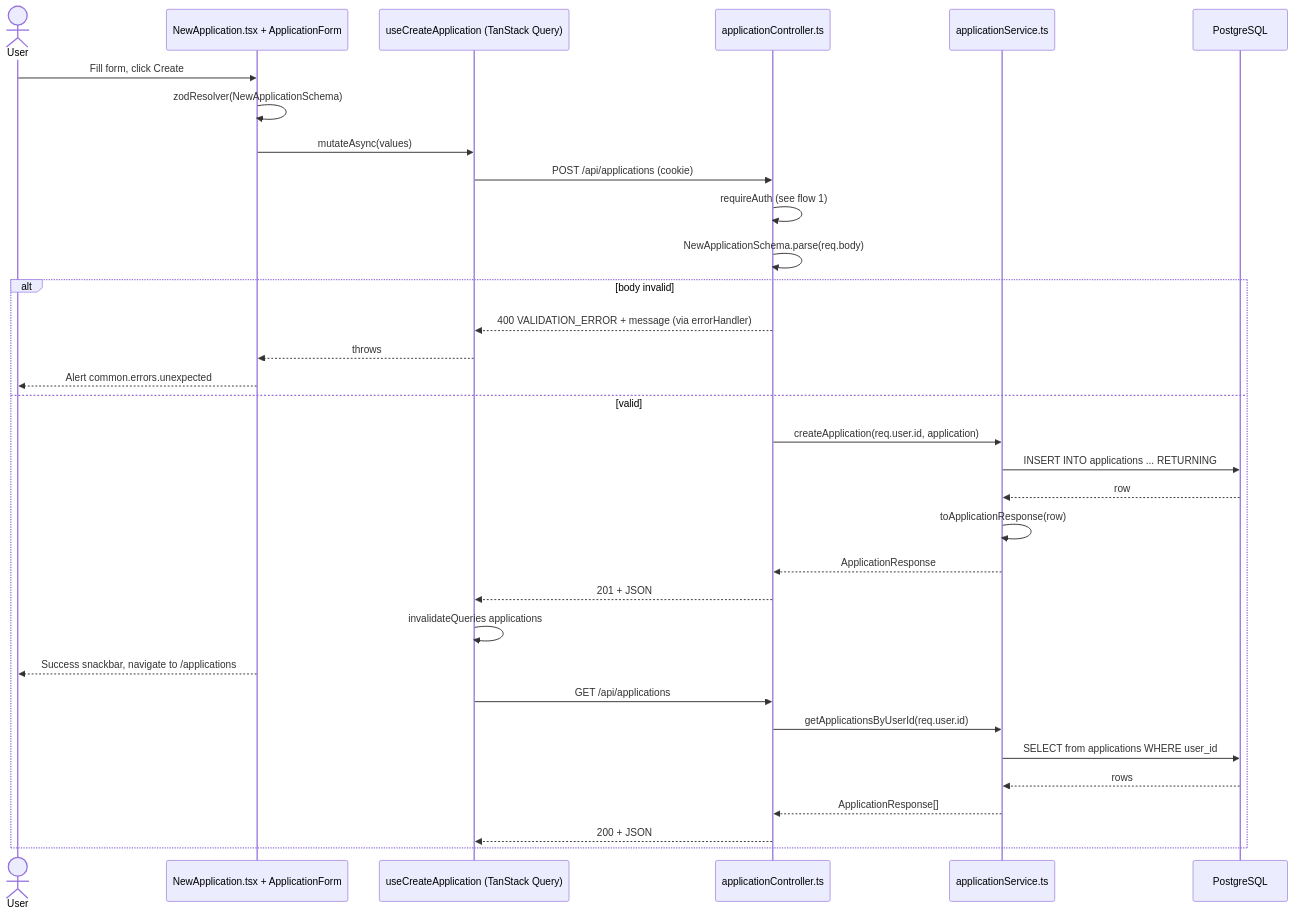
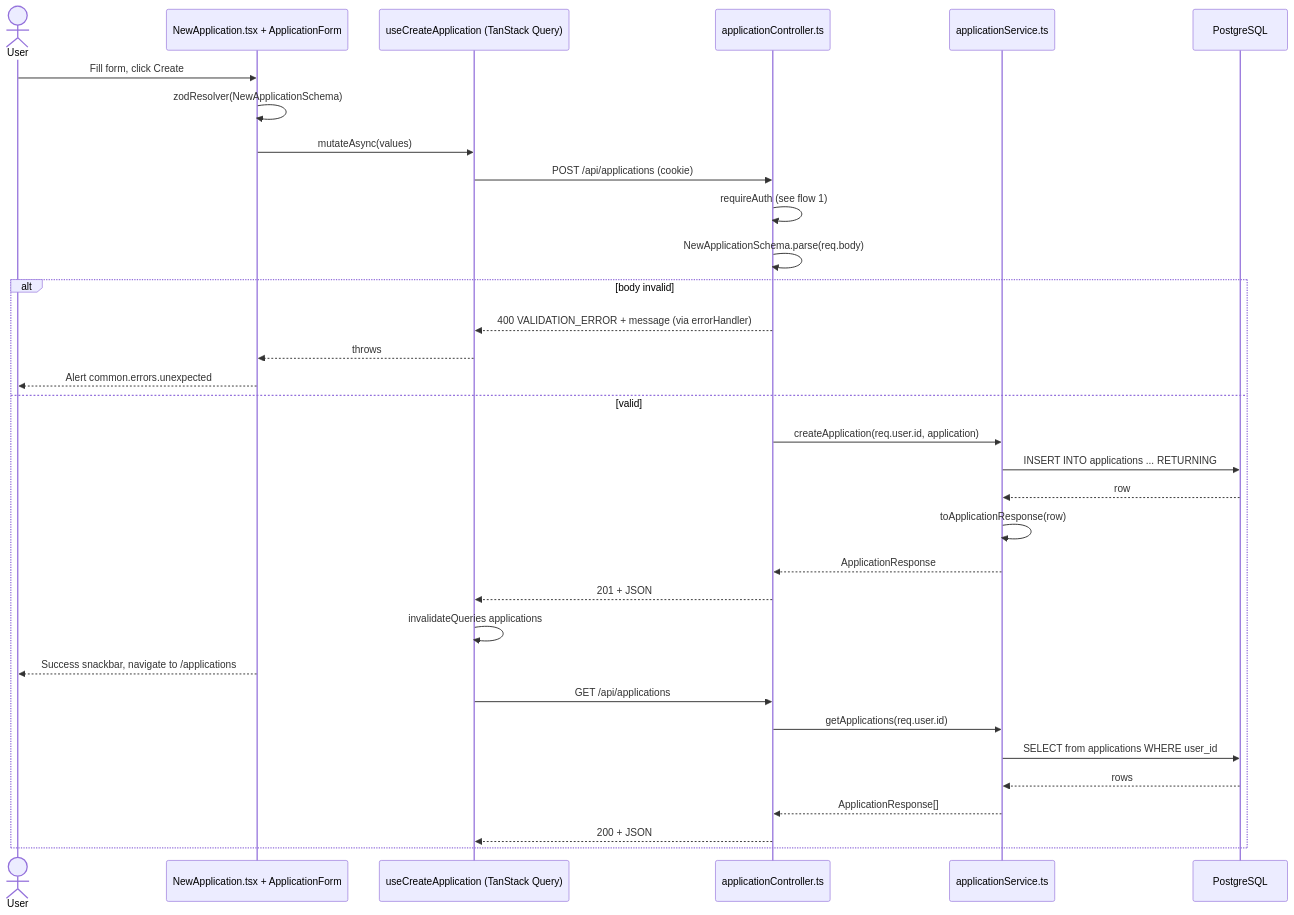
The fourth of 4 diagrams in docs/architecture.md (jipeso/duunit), drawn with Mermaid before and after one commit. The commit also changed other lines of this file and 21 other files, not shown here.

Commit message:
add timeline for application status changes

````diff
--- a/docs/architecture.md
+++ b/docs/architecture.md
@@ -167,36 +167,36 @@
 ```mermaid
 sequenceDiagram
     actor U as User
     participant FE as NewApplication.tsx + ApplicationForm
     participant Q as useCreateApplication (TanStack Query)
     participant API as applicationController.ts
     participant SVC as applicationService.ts
     participant DB as PostgreSQL
 
     U->>FE: Fill form, click Create
     FE->>FE: zodResolver(NewApplicationSchema)
     FE->>Q: mutateAsync(values)
     Q->>API: POST /api/applications (cookie)
     API->>API: requireAuth (see flow 1)
     API->>API: NewApplicationSchema.parse(req.body)
     alt body invalid
         API-->>Q: 400 VALIDATION_ERROR + message (via errorHandler)
         Q-->>FE: throws
         FE-->>U: Alert common.errors.unexpected
     else valid
         API->>SVC: createApplication(req.user.id, application)
         SVC->>DB: INSERT INTO applications ... RETURNING
         DB-->>SVC: row
         SVC->>SVC: toApplicationResponse(row)
         SVC-->>API: ApplicationResponse
         API-->>Q: 201 + JSON
         Q->>Q: invalidateQueries applications
         FE-->>U: Success snackbar, navigate to /applications
         Q->>API: GET /api/applications
-        API->>SVC: getApplicationsByUserId(req.user.id)
+        API->>SVC: getApplications(req.user.id)
         SVC->>DB: SELECT from applications WHERE user_id
         DB-->>SVC: rows
         SVC-->>API: ApplicationResponse[]
         API-->>Q: 200 + JSON
     end
 ```
````
